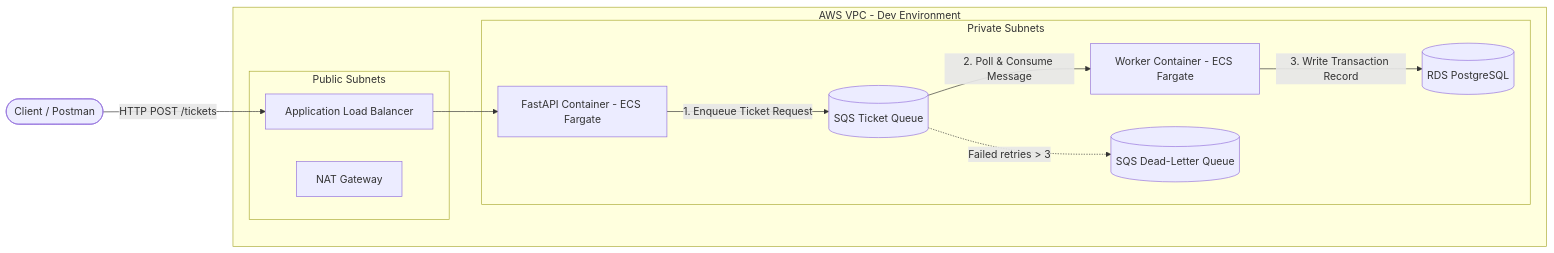
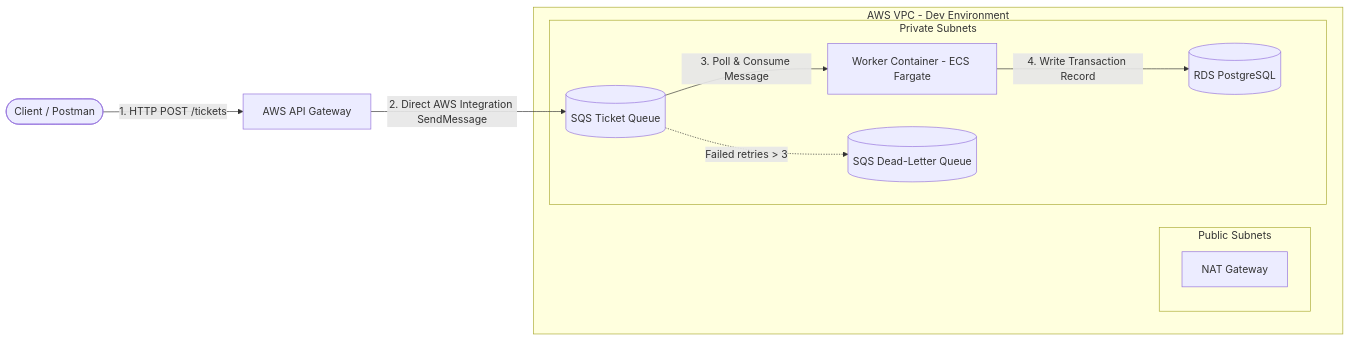
The diagram in README.md (Aaron-joyce/event-driven-ticketing), drawn with Mermaid before and after one commit. The commit also changed other lines of this file and 9 other files, not shown here.

Commit message:
feat(worker): implement SQS consumer service and unit tests

````diff
--- a/README.md
+++ b/README.md
@@ -9,24 +9,21 @@
 ```mermaid
 flowchart LR
-    Client([Client / Postman]) -->|HTTP POST /tickets| ALB[Application Load Balancer]
+    Client([Client / Postman]) -->|1. HTTP POST /tickets| APIGW[AWS API Gateway]
     subgraph VPC [AWS VPC - Dev Environment]
         subgraph PublicSubnets [Public Subnets]
-            ALB
             NAT[NAT Gateway]
         end
         
         subgraph PrivateSubnets [Private Subnets]
-            API[FastAPI Container - ECS Fargate]
             Worker[Worker Container - ECS Fargate]
             SQS[(SQS Ticket Queue)]
             DLQ[(SQS Dead-Letter Queue)]
             RDS[(RDS PostgreSQL)]
         end
     end
     
-    ALB --> API
-    API -->|1. Enqueue Ticket Request| SQS
-    SQS -->|2. Poll & Consume Message| Worker
-    Worker -->|3. Write Transaction Record| RDS
+    APIGW -->|2. Direct AWS Integration SendMessage| SQS
+    SQS -->|3. Poll & Consume Message| Worker
+    Worker -->|4. Write Transaction Record| RDS
     SQS -.->|Failed retries > 3| DLQ
 ```
````
